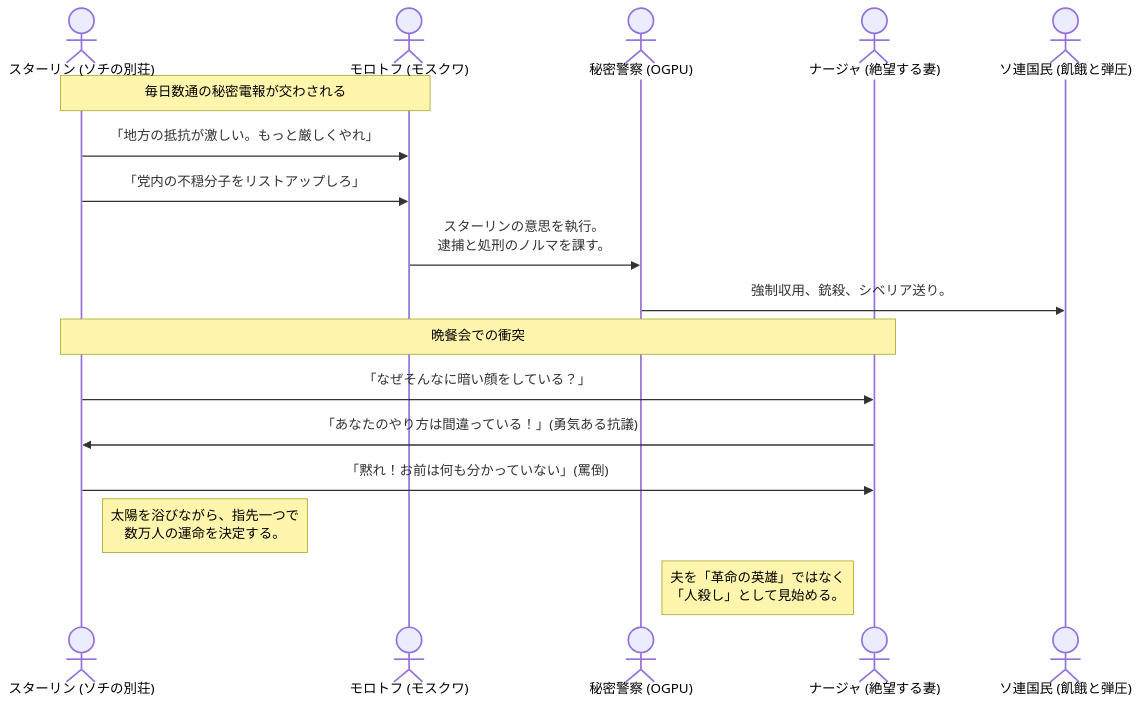
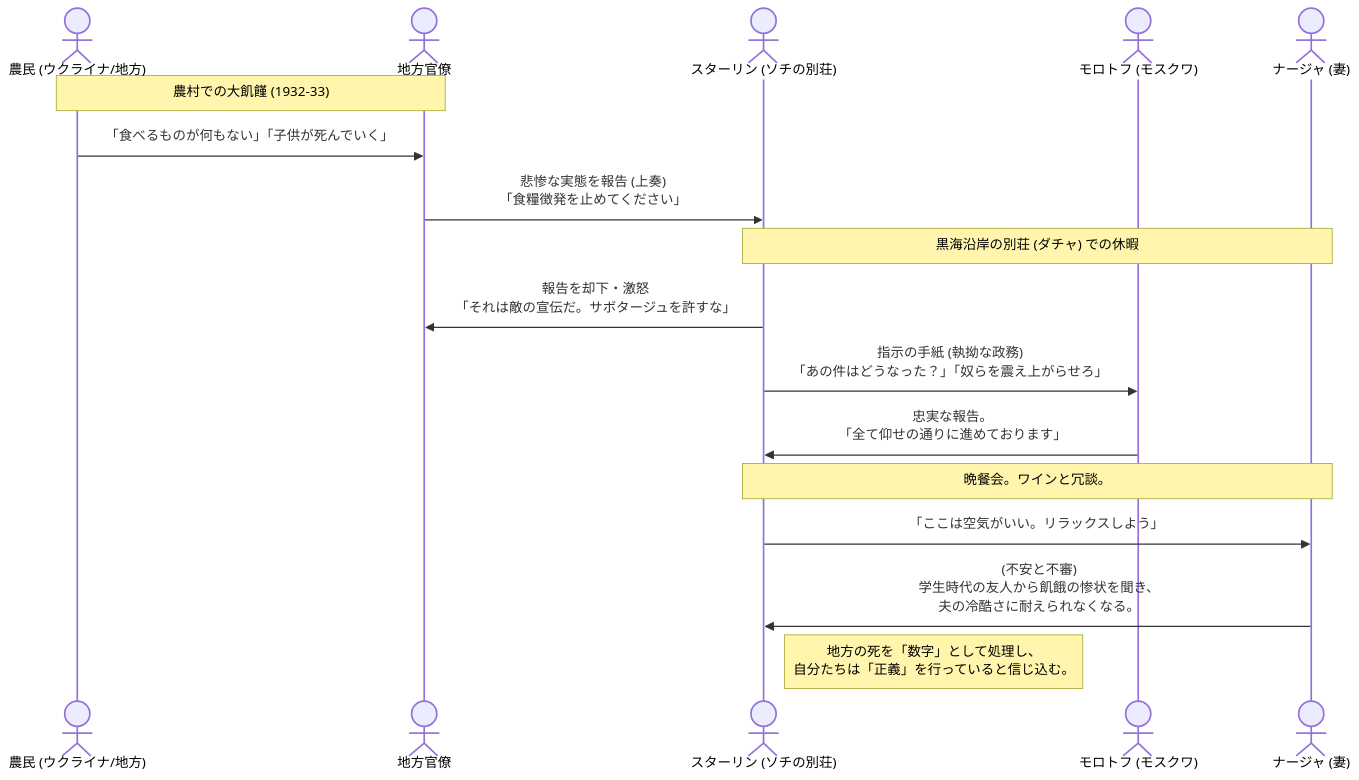
One commit to aokicreativeoffice/AokiCreativeOfficeGTD changed the diagram in 02_zettelkasten/21_domain/books/スターリン 赤い皇帝と廷臣たち/第4章 大飢饉と別荘暮らし.md. Above: the diagram before and after it, drawn with Mermaid. The commit also changed other lines of this file and 4 other files, not shown here.

````diff
--- a/02_zettelkasten/21_domain/books/スターリン 赤い皇帝と廷臣たち/第4章 大飢饉と別荘暮らし.md
+++ b/02_zettelkasten/21_domain/books/スターリン 赤い皇帝と廷臣たち/第4章 大飢饉と別荘暮らし.md
@@ -12,24 +12,26 @@
 ```mermaid
 sequenceDiagram
+    actor Peasant as 農民 (ウクライナ/地方)
+    actor LocalOfficial as 地方官僚
     actor Stalin as スターリン (ソチの別荘)
     actor Molotov as モロトフ (モスクワ)
-    actor OGPU as 秘密警察 (OGPU)
-    actor Nadya as ナージャ (絶望する妻)
-    actor People as ソ連国民 (飢餓と弾圧)
+    actor Nadya as ナージャ (妻)
 
-    Note over Stalin, Molotov: 毎日数通の秘密電報が交わされる
-    Stalin->>Molotov: 「地方の抵抗が激しい。もっと厳しくやれ」
-    Stalin->>Molotov: 「党内の不穏分子をリストアップしろ」
+    Note over Peasant, LocalOfficial: 農村での大飢饉 (1932-33)
+    Peasant->>LocalOfficial: 「食べるものが何もない」「子供が死んでいく」
+    LocalOfficial->>Stalin: 悲惨な実態を報告 (上奏)<br/>「食糧徴発を止めてください」
+
+    Note over Stalin, Nadya: 黒海沿岸の別荘 (ダチャ) での休暇
+    Stalin->>LocalOfficial: 報告を却下・激怒<br/>「それは敵の宣伝だ。サボタージュを許すな」
     
-    Molotov->>OGPU: スターリンの意思を執行。<br/>逮捕と処刑のノルマを課す。
-    OGPU->>People: 強制収用、銃殺、シベリア送り。
-    
-    Note over Stalin, Nadya: 晩餐会での衝突
-    Stalin->>Nadya: 「なぜそんなに暗い顔をしている？」
-    Nadya->>Stalin: 「あなたのやり方は間違っている！」(勇気ある抗議)
-    Stalin->>Nadya: 「黙れ！お前は何も分かっていない」(罵倒)
+    Stalin->>Molotov: 指示の手紙 (執拗な政務)<br/>「あの件はどうなった？」「奴らを震え上がらせろ」
+    Molotov->>Stalin: 忠実な報告。<br/>「全て仰せの通りに進めております」
 
-    Note right of Stalin: 太陽を浴びながら、指先一つで<br/>数万人の運命を決定する。
-    Note left of Nadya: 夫を「革命の英雄」ではなく<br/>「人殺し」として見始める。
+    Note over Stalin, Nadya: 晩餐会。ワインと冗談。
+    Stalin->>Nadya: 「ここは空気がいい。リラックスしよう」
+    Nadya->>Stalin: (不安と不審)<br/>学生時代の友人から飢餓の惨状を聞き、<br/>夫の冷酷さに耐えられなくなる。
+
+    Note right of Stalin: 地方の死を「数字」として処理し、<br/>自分たちは「正義」を行っていると信じ込む。
+
 
 ```
````
